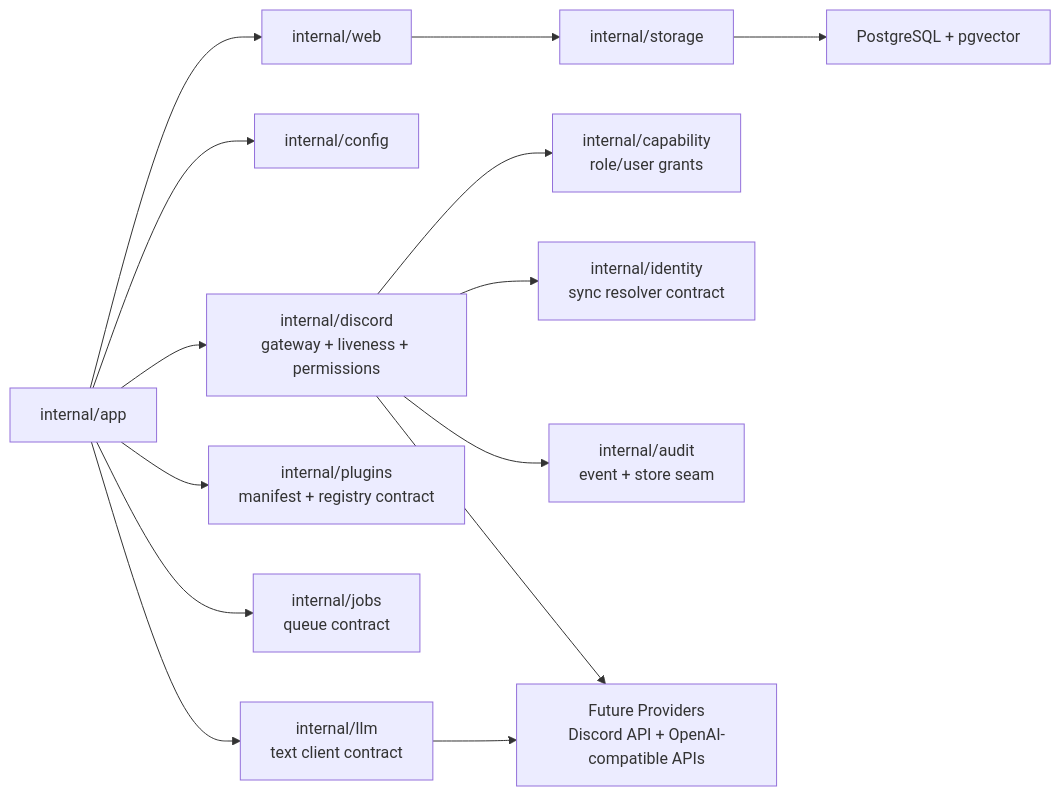
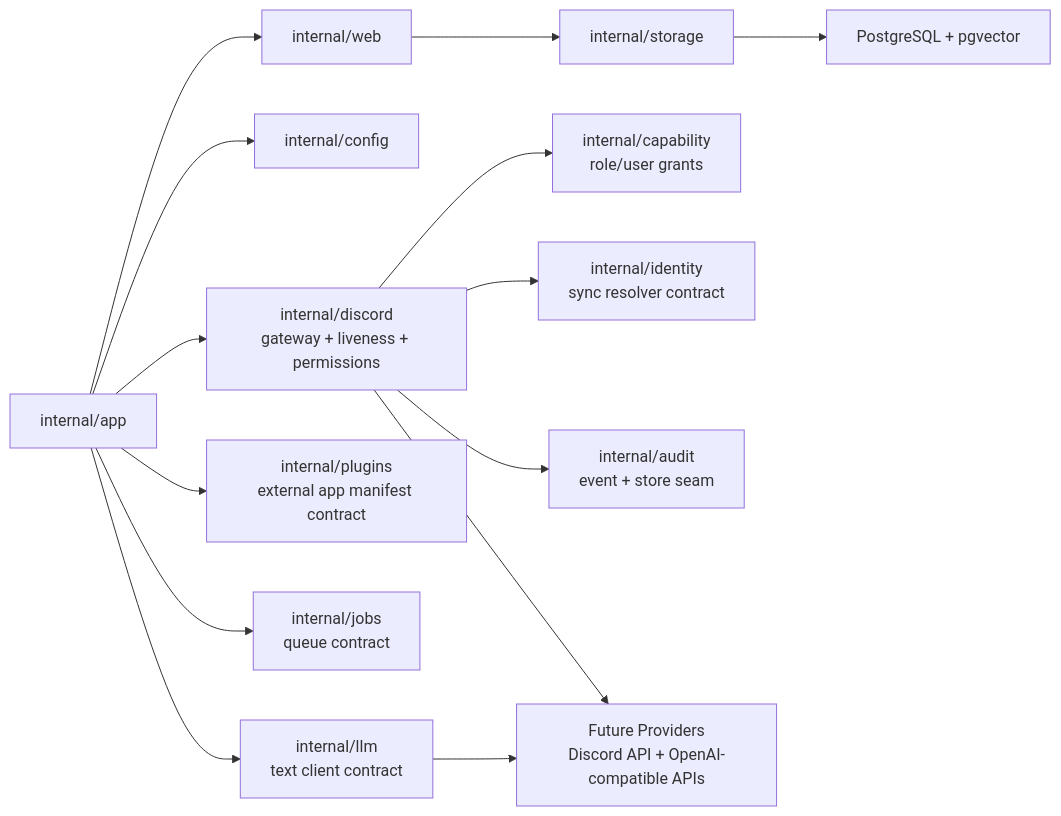
One commit to gOps132/GigiDC changed the diagram in docs/diagrams/service-adapters.md. Above: the diagram before and after it, drawn with Mermaid. The commit also changed other lines of this file and 14 other files, not shown here.

````diff
--- a/docs/diagrams/service-adapters.md
+++ b/docs/diagrams/service-adapters.md
@@ -10,30 +10,30 @@
 ```mermaid
 flowchart LR
   App["internal/app"]
   Web["internal/web"]
   Config["internal/config"]
   Storage["internal/storage"]
   Discord["internal/discord<br/>gateway + liveness + permissions"]
   Capability["internal/capability<br/>role/user grants"]
   Identity["internal/identity<br/>sync resolver contract"]
   Audit["internal/audit<br/>event + store seam"]
-  Plugins["internal/plugins<br/>manifest + registry contract"]
+  Plugins["internal/plugins<br/>external app manifest contract"]
   Jobs["internal/jobs<br/>queue contract"]
   LLM["internal/llm<br/>text client contract"]
   DB["PostgreSQL + pgvector"]
   Providers["Future Providers<br/>Discord API + OpenAI-compatible APIs"]
 
   App --> Web
   App --> Config
   Web --> Storage
   Storage --> DB
   App --> Discord
   Discord --> Identity
   Discord --> Capability
   Discord --> Audit
   App --> Plugins
   App --> Jobs
   App --> LLM
   Discord --> Providers
   LLM --> Providers
 ```
````
